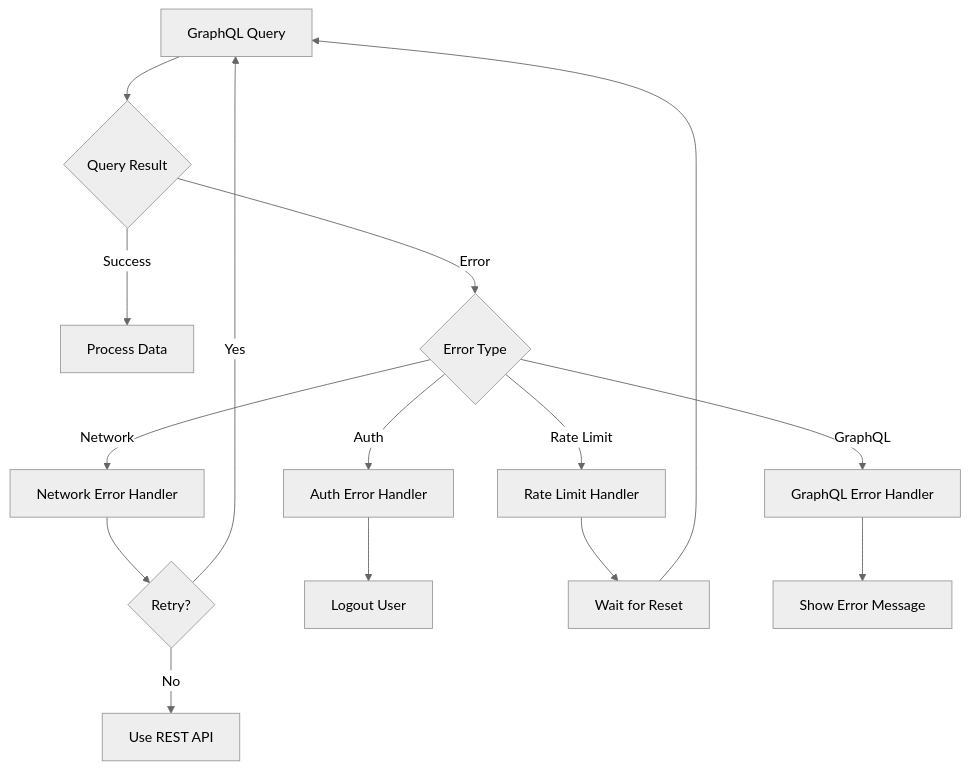
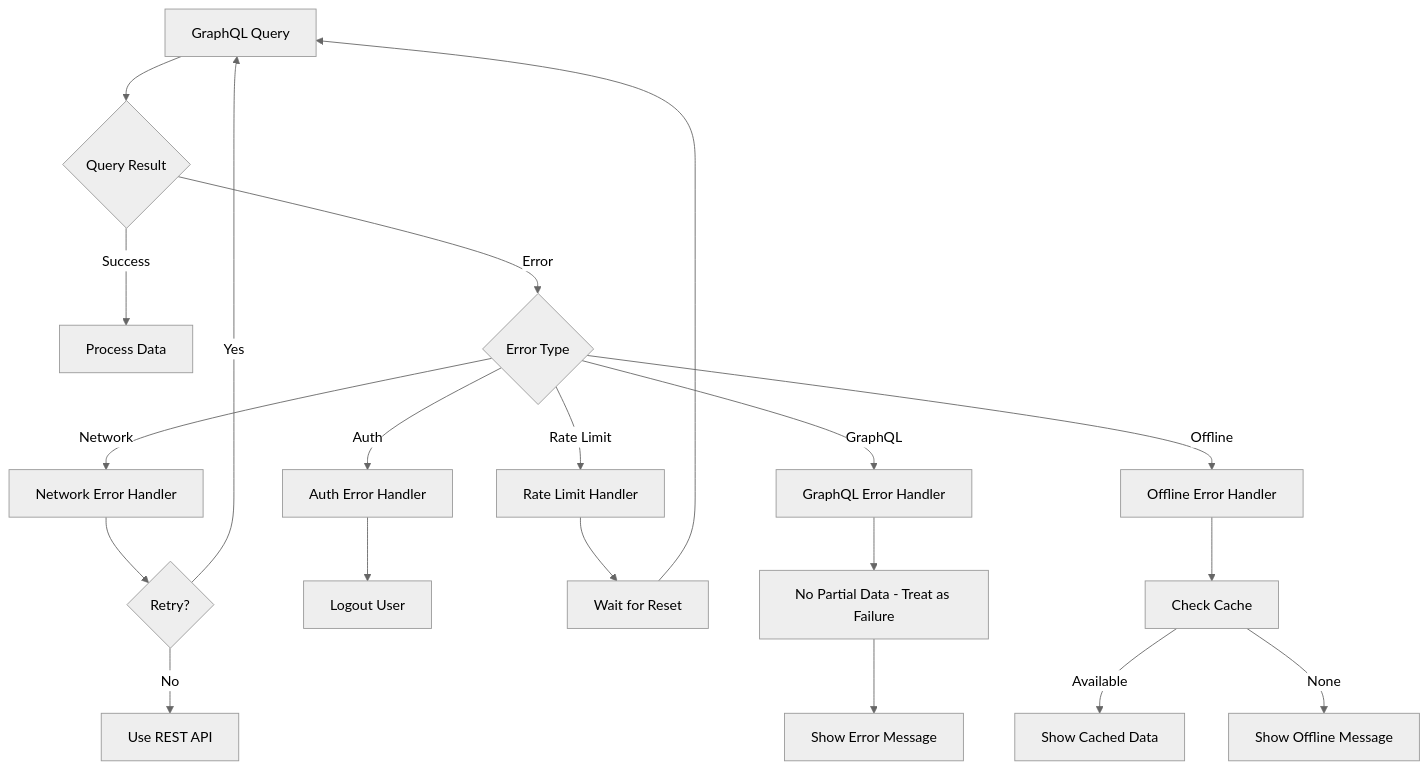
One commit to jacobdam/gh3 changed the third of 3 diagrams in .kiro/specs/github-graphql-ferry/design.md. Above: the diagram before and after it, drawn with Mermaid (neutral theme). The commit also changed other lines of this file and 3 other files, not shown here.

First line of the commit message:
docs: update GitHub GraphQL Ferry specification details

````diff
--- a/.kiro/specs/github-graphql-ferry/design.md
+++ b/.kiro/specs/github-graphql-ferry/design.md
@@ -704,20 +789,25 @@
 ```mermaid
 graph TD
     QUERY[GraphQL Query] --> RESULT{Query Result}
     RESULT -->|Success| DATA[Process Data]
     RESULT -->|Error| ERROR_TYPE{Error Type}
     
     ERROR_TYPE -->|Network| NETWORK_HANDLER[Network Error Handler]
-    ERROR_TYPE -->|Auth| AUTH_HANDLER[Auth Error Handler]
+    ERROR_TYPE -->|Auth| AUTH_HANDLER[Auth Error Handler]  
     ERROR_TYPE -->|Rate Limit| RATE_HANDLER[Rate Limit Handler]
     ERROR_TYPE -->|GraphQL| GQL_HANDLER[GraphQL Error Handler]
+    ERROR_TYPE -->|Offline| OFFLINE_HANDLER[Offline Error Handler]
     
     NETWORK_HANDLER --> RETRY{Retry?}
     AUTH_HANDLER --> LOGOUT[Logout User]
     RATE_HANDLER --> WAIT[Wait for Reset]
-    GQL_HANDLER --> USER_FEEDBACK[Show Error Message]
+    GQL_HANDLER --> NO_PARTIAL[No Partial Data - Treat as Failure]
+    OFFLINE_HANDLER --> CACHE_CHECK[Check Cache]
     
     RETRY -->|Yes| QUERY
     RETRY -->|No| FALLBACK[Use REST API]
     WAIT --> QUERY
+    NO_PARTIAL --> USER_FEEDBACK[Show Error Message]
+    CACHE_CHECK -->|Available| CACHED_DATA[Show Cached Data]
+    CACHE_CHECK -->|None| OFFLINE_MESSAGE[Show Offline Message]
 ```
````
